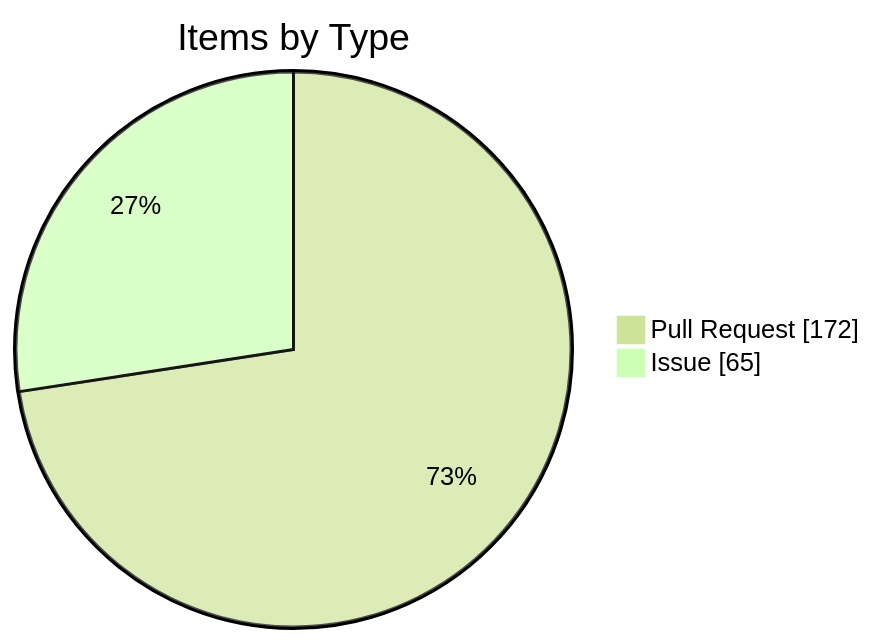
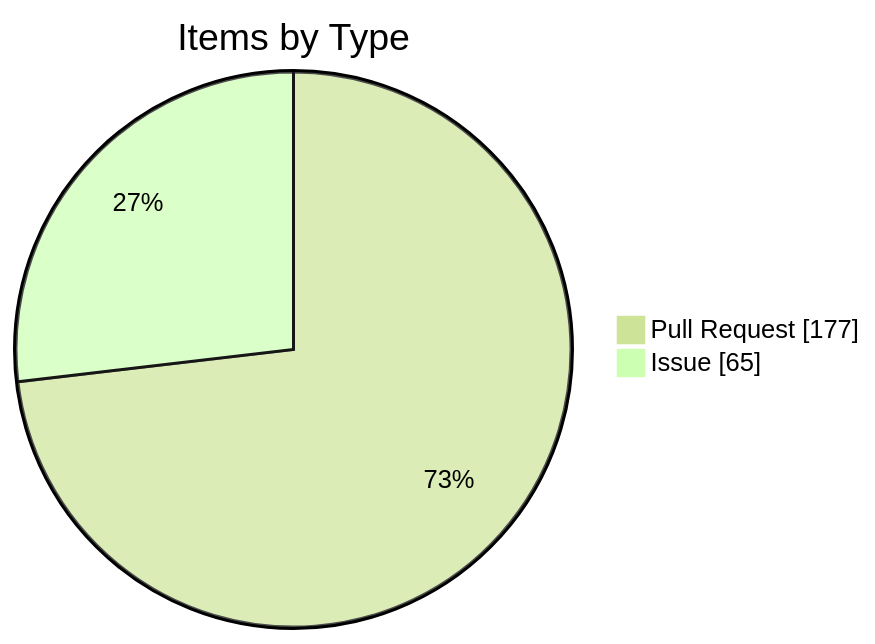
Before and after one commit to KBVE/kbve: the fourth of 4 diagrams in apps/kbve/astro-kbve/src/content/docs/dashboard/kanban-data.mdx, drawn with Mermaid (forest theme). The commit also changed other lines of this file and 8 other files, not shown here.

````diff
--- a/apps/kbve/astro-kbve/src/content/docs/dashboard/kanban-data.mdx
+++ b/apps/kbve/astro-kbve/src/content/docs/dashboard/kanban-data.mdx
@@ -116,6 +115,6 @@
 ```mermaid
 pie showData
     title Items by Type
-    "Pull Request" : 172
+    "Pull Request" : 177
     "Issue" : 65
 ```
````
